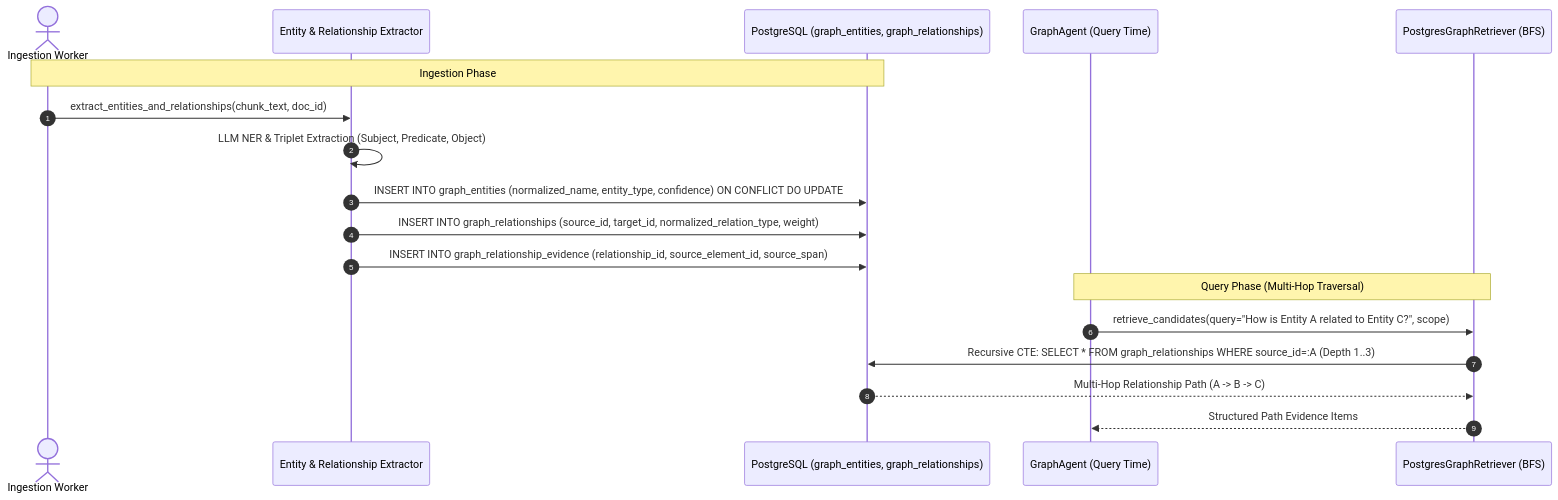
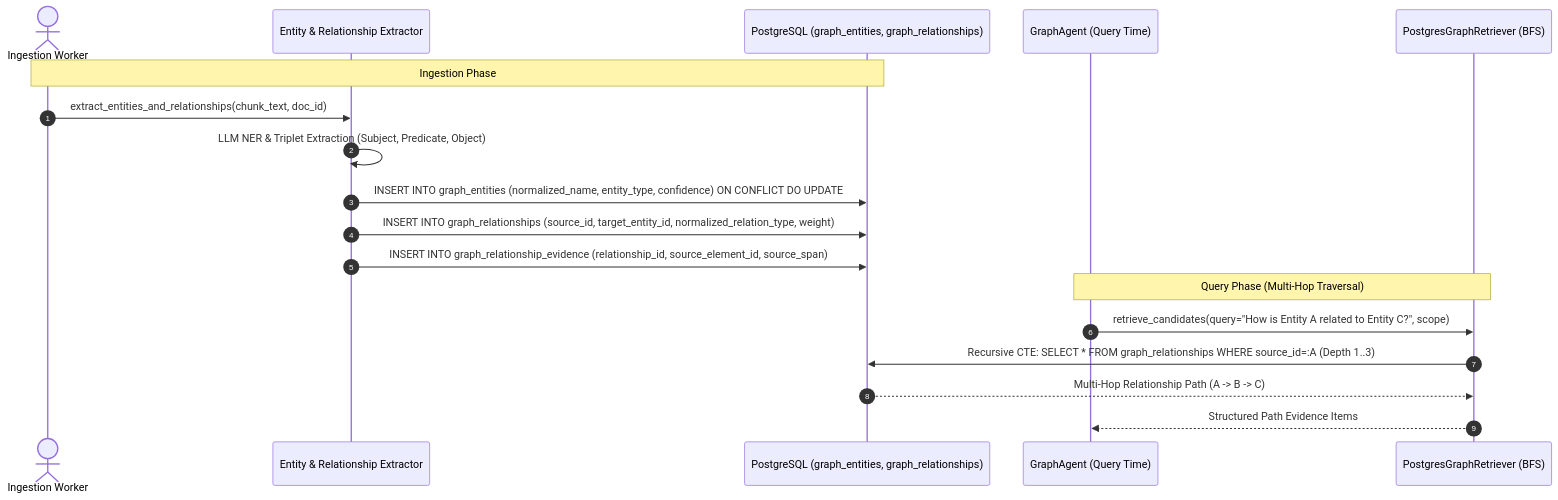
The seventh of 13 diagrams in reverse_engineering.md (Satya-Naraharisetty/FusionRAG), drawn with Mermaid before and after one commit. The commit also changed other lines of this file, not shown here.

Commit message:
docs: update API documentation, schema definitions, and internal routing endpoints in reverse_engineering.md

````diff
--- a/reverse_engineering.md
+++ b/reverse_engineering.md
@@ -590,22 +590,22 @@
 ```mermaid
 sequenceDiagram
     autonumber
     actor Worker as Ingestion Worker
     participant Extractor as Entity & Relationship Extractor
     participant DB as PostgreSQL (graph_entities, graph_relationships)
     participant GraphAgent as GraphAgent (Query Time)
     participant Retriever as PostgresGraphRetriever (BFS)
 
     Note over Worker,DB: Ingestion Phase
     Worker->>Extractor: extract_entities_and_relationships(chunk_text, doc_id)
     Extractor->>Extractor: LLM NER & Triplet Extraction (Subject, Predicate, Object)
     Extractor->>DB: INSERT INTO graph_entities (normalized_name, entity_type, confidence) ON CONFLICT DO UPDATE
-    Extractor->>DB: INSERT INTO graph_relationships (source_id, target_id, normalized_relation_type, weight)
+    Extractor->>DB: INSERT INTO graph_relationships (source_id, target_entity_id, normalized_relation_type, weight)
     Extractor->>DB: INSERT INTO graph_relationship_evidence (relationship_id, source_element_id, source_span)
 
     Note over GraphAgent,Retriever: Query Phase (Multi-Hop Traversal)
     GraphAgent->>Retriever: retrieve_candidates(query="How is Entity A related to Entity C?", scope)
     Retriever->>DB: Recursive CTE: SELECT * FROM graph_relationships WHERE source_id=:A (Depth 1..3)
     DB-->>Retriever: Multi-Hop Relationship Path (A -> B -> C)
     Retriever-->>GraphAgent: Structured Path Evidence Items
 ```
````
